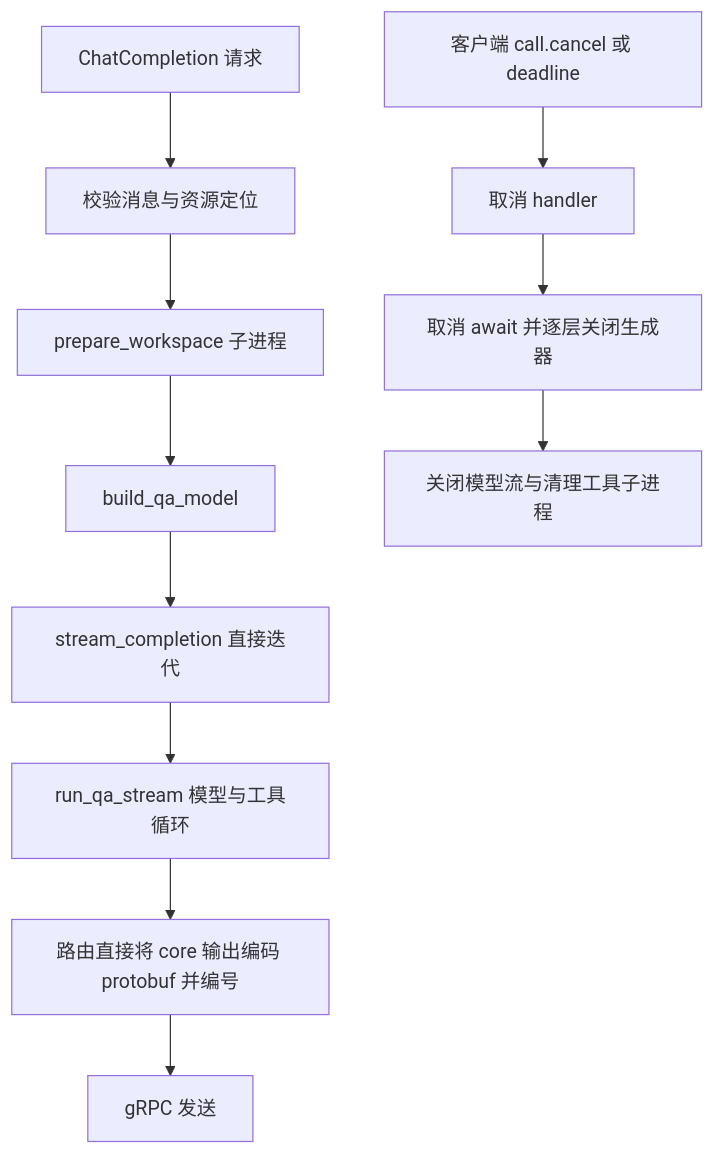
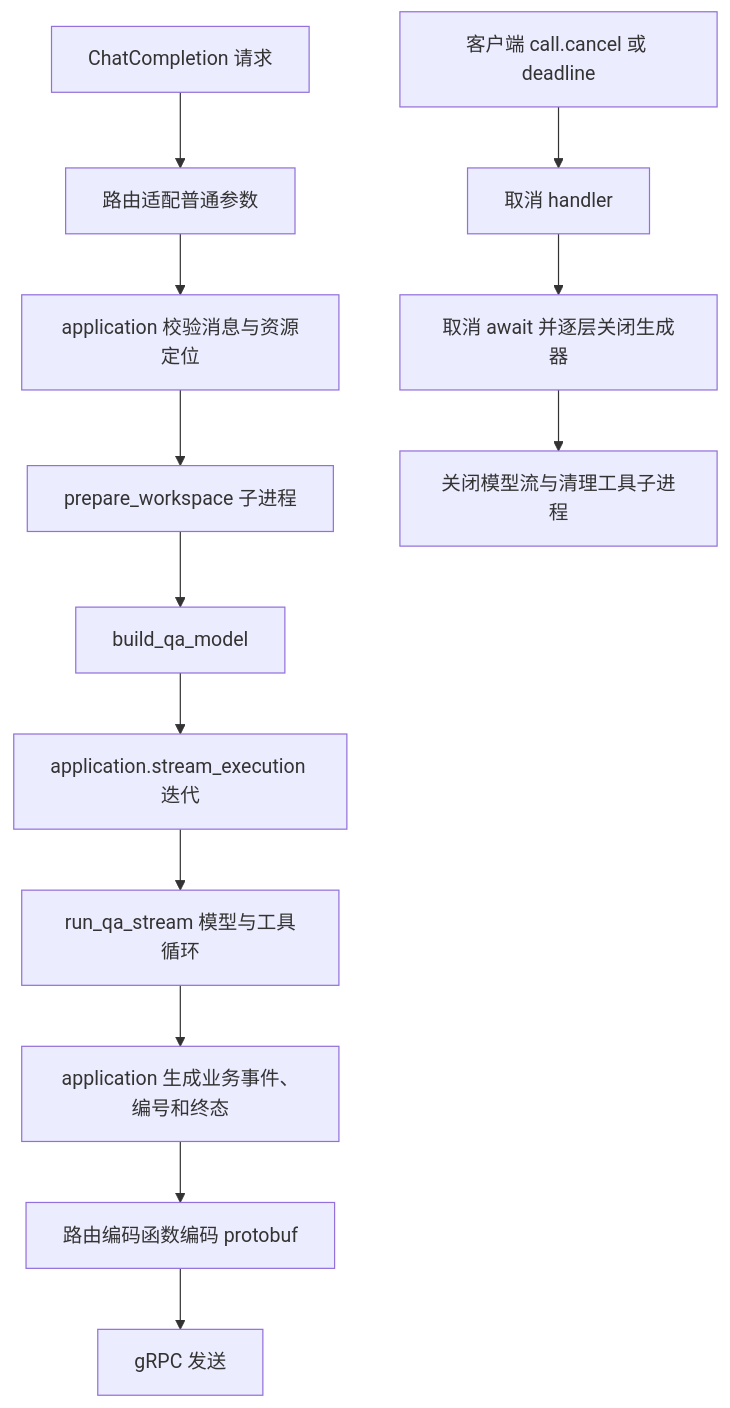
Before and after one commit to ADChahaha/TraceAgent: the diagram in agent/service/file_extraction_agent/docs/flowchart.md, drawn with Mermaid. The commit also changed 47 other files, not shown here.

````diff
--- a/agent/service/file_extraction_agent/docs/flowchart.md
+++ b/agent/service/file_extraction_agent/docs/flowchart.md
@@ -5,13 +5,15 @@
 ```mermaid
 flowchart TD
-    A[ChatCompletion 请求] --> B[校验消息与资源定位]
+    A[ChatCompletion 请求] --> R[路由适配普通参数]
+    R --> B[application 校验消息与资源定位]
     B --> C[prepare_workspace 子进程]
     C --> D[build_qa_model]
-    D --> E[stream_completion 直接迭代]
+    D --> E[application.stream_execution 迭代]
     E --> F[run_qa_stream 模型与工具循环]
-    F --> G[路由直接将 core 输出编码 protobuf 并编号]
-    G --> H[gRPC 发送]
+    F --> G[application 生成业务事件、编号和终态]
+    G --> P[路由编码函数编码 protobuf]
+    P --> H[gRPC 发送]
     X[客户端 call.cancel 或 deadline] --> Y[取消 handler]
     Y --> Z[取消 await 并逐层关闭生成器]
     Z --> W[关闭模型流与清理工具子进程]
 ```
````
